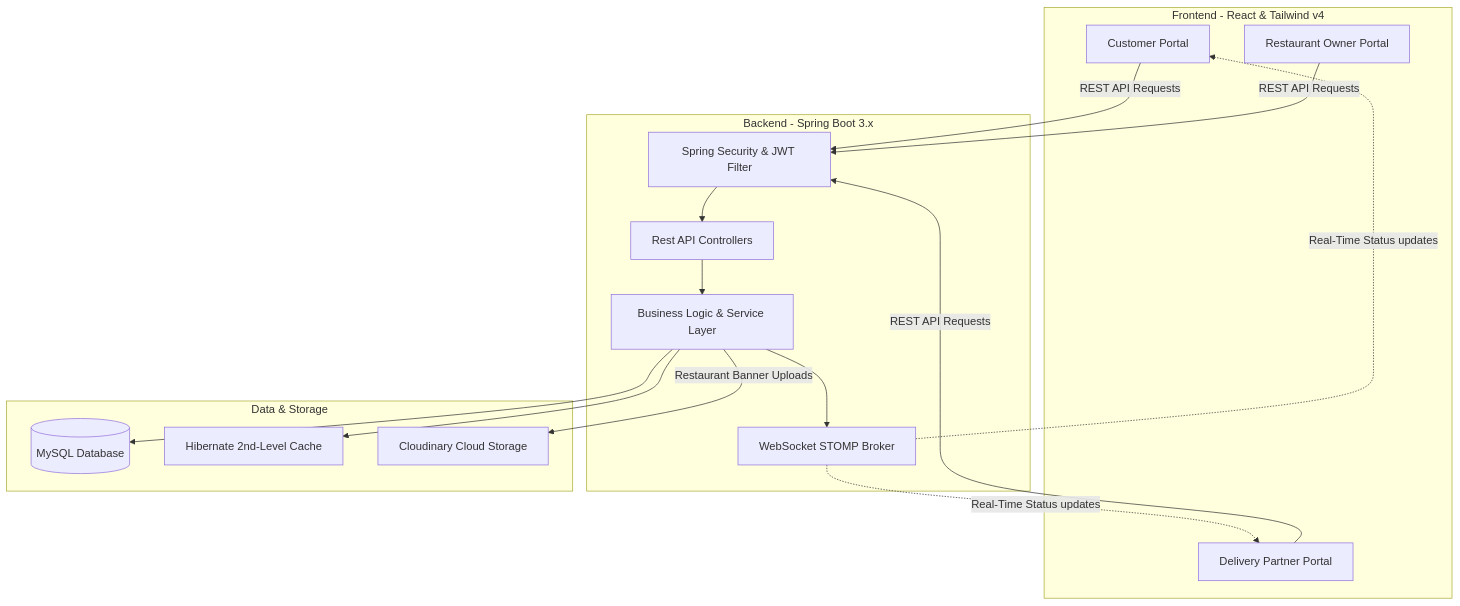
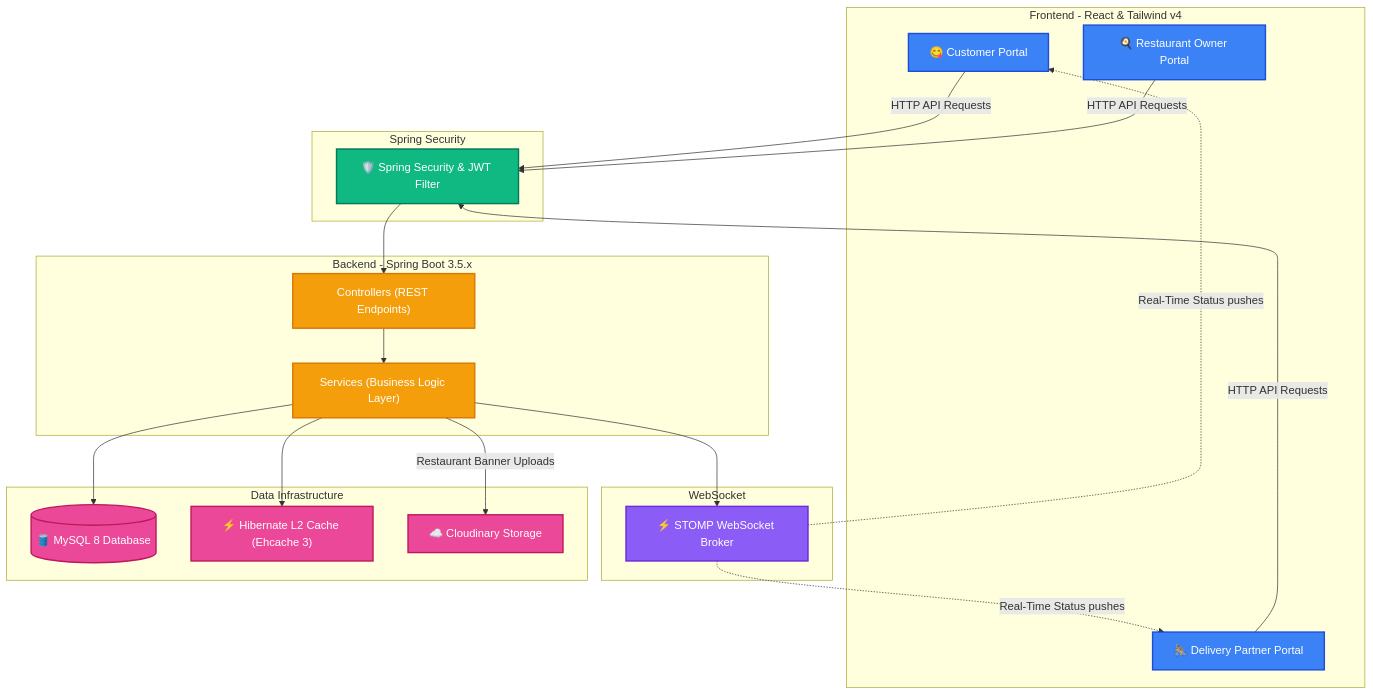
Before and after one commit to SurajKarande01/feasto: the diagram in README.md, drawn with Mermaid. The commit also changed other lines of this file, not shown here.

Commit message:
docs: upgrade README with visual badges, role grids, and architecture flowchart

````diff
--- a/README.md
+++ b/README.md
@@ -11,38 +33,50 @@
 ```mermaid
 graph TD
+    %% Define Styles
+    classDef client fill:#3b82f6,stroke:#1d4ed8,stroke-width:2px,color:#fff;
+    classDef gateway fill:#10b981,stroke:#047857,stroke-width:2px,color:#fff;
+    classDef service fill:#f59e0b,stroke:#d97706,stroke-width:2px,color:#fff;
+    classDef db fill:#ec4899,stroke:#be185d,stroke-width:2px,color:#fff;
+    classDef broker fill:#8b5cf6,stroke:#6d28d9,stroke-width:2px,color:#fff;
+
     subgraph Client Portals [Frontend - React & Tailwind v4]
-        Customer[Customer Portal]
-        Owner[Restaurant Owner Portal]
-        Rider[Delivery Partner Portal]
+        Customer["😋 Customer Portal"]:::client
+        Owner["🍳 Restaurant Owner Portal"]:::client
+        Rider["🚴 Delivery Partner Portal"]:::client
     end
 
-    subgraph API Gateway & Core [Backend - Spring Boot 3.x]
-        Security[Spring Security & JWT Filter]
-        Controllers[Rest API Controllers]
-        Services[Business Logic & Service Layer]
-        WebSocket[WebSocket STOMP Broker]
+    subgraph API Gateway & Security [Spring Security]
+        Security["🛡️ Spring Security & JWT Filter"]:::gateway
     end
 
-    subgraph Data & Storage
-        MySQL[(MySQL Database)]
-        Cache[Hibernate 2nd-Level Cache]
-        Cloudinary[Cloudinary Cloud Storage]
+    subgraph Core Services [Backend - Spring Boot 3.5.x]
+        Controllers["Controllers (REST Endpoints)"]:::service
+        Services["Services (Business Logic Layer)"]:::service
     end
 
-    %% Client communication flows
-    Customer -->|REST API Requests| Security
-    Owner -->|REST API Requests| Security
-    Rider -->|REST API Requests| Security
+    subgraph Messaging Broker [WebSocket]
+        WebSocket["⚡ STOMP WebSocket Broker"]:::broker
+    end
+
+    subgraph Data & Storage [Data Infrastructure]
+        MySQL[("🛢️ MySQL 8 Database")]:::db
+        Cache["⚡ Hibernate L2 Cache (Ehcache 3)"]:::db
+        Cloudinary["☁️ Cloudinary Storage"]:::db
+    end
+
+    %% Flow lines
+    Customer -->|HTTP API Requests| Security
+    Owner -->|HTTP API Requests| Security
+    Rider -->|HTTP API Requests| Security
     
-    %% Security gateway flow
     Security --> Controllers
     Controllers --> Services
     
-    %% Real-time and Storage connections
     Services --> WebSocket
-    WebSocket -.->|Real-Time Status updates| Customer
-    WebSocket -.->|Real-Time Status updates| Rider
+    WebSocket -.->|Real-Time Status pushes| Customer
+    WebSocket -.->|Real-Time Status pushes| Rider
+    
     Services --> MySQL
     Services --> Cache
     Services -->|Restaurant Banner Uploads| Cloudinary
 ```
````
